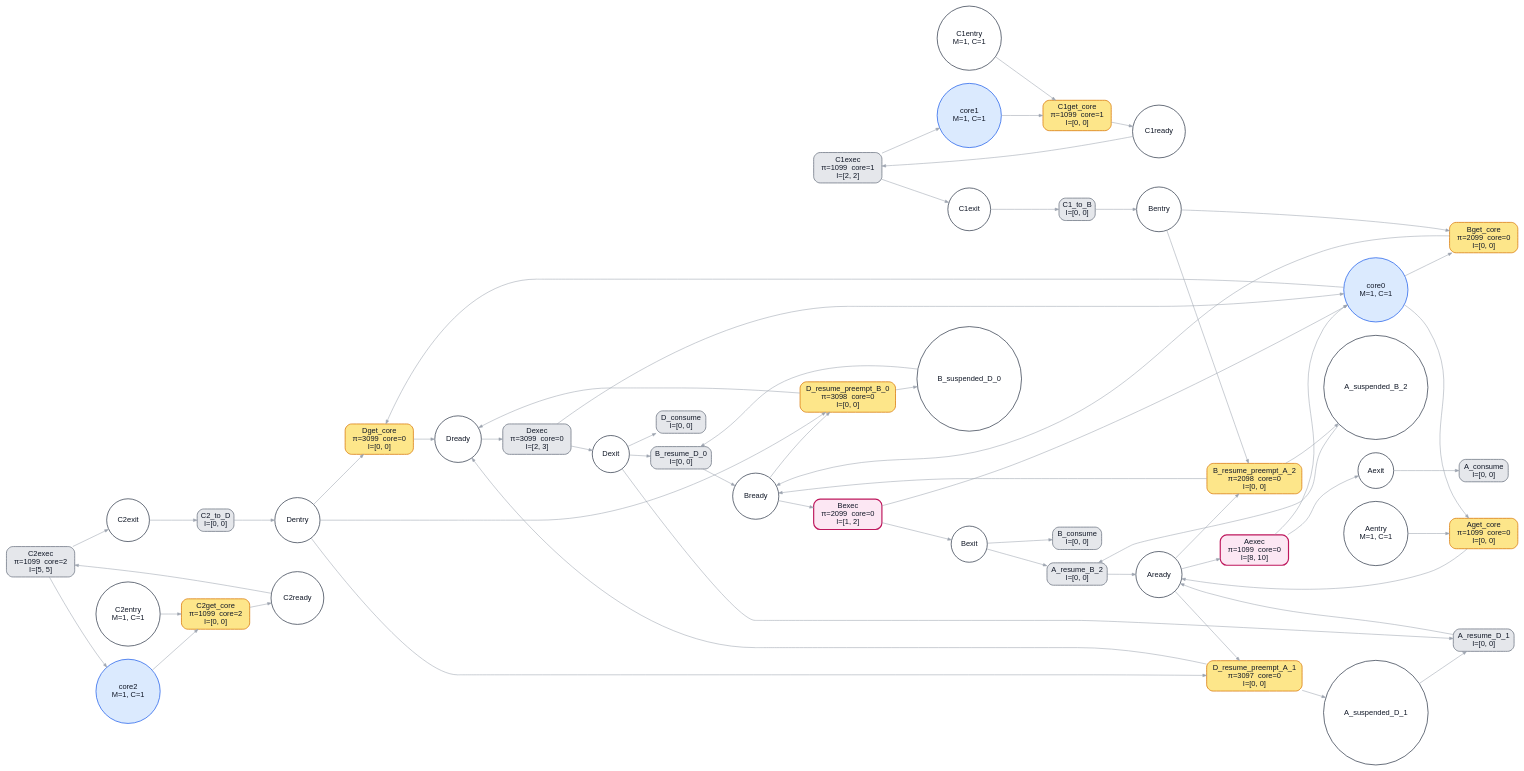
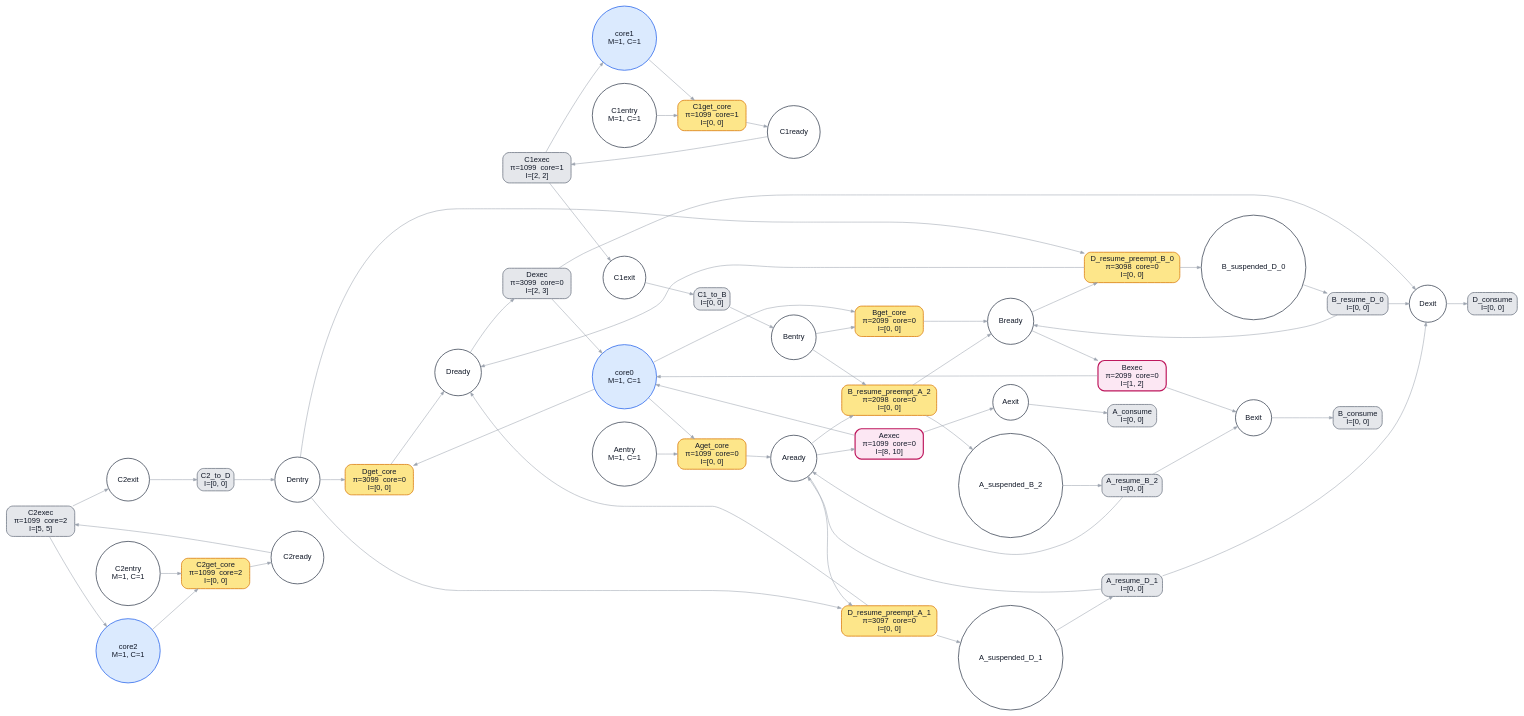
The diagram in example/bench/preemption_chain/ptpn.dot (kevindadi/PPTPN), drawn with Graphviz before and after one commit. The commit also changed 13 other files, not shown here.

```diff
--- a/example/bench/preemption_chain/ptpn.dot
+++ b/example/bench/preemption_chain/ptpn.dot
@@ -1,105 +1,105 @@
 digraph G {
 graph [rankdir=LR, fontname="Helvetica", nodesep=0.35, ranksep=0.55, bgcolor="white"];
 node [fontname="Helvetica", margin=0.08, style="filled,rounded", fontcolor="#111827"];
 edge [fontname="Helvetica", color="#9ca3af", arrowsize=0.7];
 "Dentry" [label="Dentry", shape="circle", style="filled,rounded", fillcolor="#ffffff", color="#374151", fontcolor="#111827", penwidth="1.4"];
 "Dready" [label="Dready", shape="circle", style="filled,rounded", fillcolor="#ffffff", color="#374151", fontcolor="#111827", penwidth="1.4"];
 "Dexit" [label="Dexit", shape="circle", style="filled,rounded", fillcolor="#ffffff", color="#374151", fontcolor="#111827", penwidth="1.4"];
 "C2entry" [label="C2entry\nM=1, C=1", shape="circle", style="filled,rounded", fillcolor="#ffffff", color="#374151", fontcolor="#111827", penwidth="1.4"];
 "C2ready" [label="C2ready", shape="circle", style="filled,rounded", fillcolor="#ffffff", color="#374151", fontcolor="#111827", penwidth="1.4"];
 "C2exit" [label="C2exit", shape="circle", style="filled,rounded", fillcolor="#ffffff", color="#374151", fontcolor="#111827", penwidth="1.4"];
 "Bentry" [label="Bentry", shape="circle", style="filled,rounded", fillcolor="#ffffff", color="#374151", fontcolor="#111827", penwidth="1.4"];
 "Bready" [label="Bready", shape="circle", style="filled,rounded", fillcolor="#ffffff", color="#374151", fontcolor="#111827", penwidth="1.4"];
 "Bexit" [label="Bexit", shape="circle", style="filled,rounded", fillcolor="#ffffff", color="#374151", fontcolor="#111827", penwidth="1.4"];
 "C1entry" [label="C1entry\nM=1, C=1", shape="circle", style="filled,rounded", fillcolor="#ffffff", color="#374151", fontcolor="#111827", penwidth="1.4"];
 "C1ready" [label="C1ready", shape="circle", style="filled,rounded", fillcolor="#ffffff", color="#374151", fontcolor="#111827", penwidth="1.4"];
 "C1exit" [label="C1exit", shape="circle", style="filled,rounded", fillcolor="#ffffff", color="#374151", fontcolor="#111827", penwidth="1.4"];
 "Aentry" [label="Aentry\nM=1, C=1", shape="circle", style="filled,rounded", fillcolor="#ffffff", color="#374151", fontcolor="#111827", penwidth="1.4"];
 "Aready" [label="Aready", shape="circle", style="filled,rounded", fillcolor="#ffffff", color="#374151", fontcolor="#111827", penwidth="1.4"];
 "Aexit" [label="Aexit", shape="circle", style="filled,rounded", fillcolor="#ffffff", color="#374151", fontcolor="#111827", penwidth="1.4"];
 "B_suspended_D_0" [label="B_suspended_D_0", shape="circle", style="filled,rounded", fillcolor="#ffffff", color="#374151", fontcolor="#111827", penwidth="1.4"];
 "A_suspended_D_1" [label="A_suspended_D_1", shape="circle", style="filled,rounded", fillcolor="#ffffff", color="#374151", fontcolor="#111827", penwidth="1.4"];
 "A_suspended_B_2" [label="A_suspended_B_2", shape="circle", style="filled,rounded", fillcolor="#ffffff", color="#374151", fontcolor="#111827", penwidth="1.4"];
 "core0" [label="core0\nM=1, C=1", shape="circle", style="filled,rounded", fillcolor="#dbeafe", color="#2563eb", fontcolor="#111827", penwidth="1.4"];
 "core1" [label="core1\nM=1, C=1", shape="circle", style="filled,rounded", fillcolor="#dbeafe", color="#2563eb", fontcolor="#111827", penwidth="1.4"];
 "core2" [label="core2\nM=1, C=1", shape="circle", style="filled,rounded", fillcolor="#dbeafe", color="#2563eb", fontcolor="#111827", penwidth="1.4"];
 "Dget_core" [label="Dget_core\nπ=3099  core=0\nI=[0, 0]", shape="box", style="filled,rounded", fillcolor="#fde68a", color="#d97706", fontcolor="#111827", penwidth="1.4"];
 "Dexec" [label="Dexec\nπ=3099  core=0\nI=[2, 3]", shape="box", style="filled,rounded", fillcolor="#e5e7eb", color="#6b7280", fontcolor="#111827", penwidth="1.4"];
 "C2get_core" [label="C2get_core\nπ=1099  core=2\nI=[0, 0]", shape="box", style="filled,rounded", fillcolor="#fde68a", color="#d97706", fontcolor="#111827", penwidth="1.4"];
 "C2exec" [label="C2exec\nπ=1099  core=2\nI=[5, 5]", shape="box", style="filled,rounded", fillcolor="#e5e7eb", color="#6b7280", fontcolor="#111827", penwidth="1.4"];
 "Bget_core" [label="Bget_core\nπ=2099  core=0\nI=[0, 0]", shape="box", style="filled,rounded", fillcolor="#fde68a", color="#d97706", fontcolor="#111827", penwidth="1.4"];
 "Bexec" [label="Bexec\nπ=2099  core=0\nI=[1, 2]", shape="box", style="filled,rounded", fillcolor="#fce7f3", color="#be185d", fontcolor="#111827", penwidth="2.2"];
 "C1get_core" [label="C1get_core\nπ=1099  core=1\nI=[0, 0]", shape="box", style="filled,rounded", fillcolor="#fde68a", color="#d97706", fontcolor="#111827", penwidth="1.4"];
 "C1exec" [label="C1exec\nπ=1099  core=1\nI=[2, 2]", shape="box", style="filled,rounded", fillcolor="#e5e7eb", color="#6b7280", fontcolor="#111827", penwidth="1.4"];
 "Aget_core" [label="Aget_core\nπ=1099  core=0\nI=[0, 0]", shape="box", style="filled,rounded", fillcolor="#fde68a", color="#d97706", fontcolor="#111827", penwidth="1.4"];
 "Aexec" [label="Aexec\nπ=1099  core=0\nI=[8, 10]", shape="box", style="filled,rounded", fillcolor="#fce7f3", color="#be185d", fontcolor="#111827", penwidth="2.2"];
 "C1_to_B" [label="C1_to_B\nI=[0, 0]", shape="box", style="filled,rounded", fillcolor="#e5e7eb", color="#6b7280", fontcolor="#111827", penwidth="1.4"];
 "C2_to_D" [label="C2_to_D\nI=[0, 0]", shape="box", style="filled,rounded", fillcolor="#e5e7eb", color="#6b7280", fontcolor="#111827", penwidth="1.4"];
 "A_consume" [label="A_consume\nI=[0, 0]", shape="box", style="filled,rounded", fillcolor="#e5e7eb", color="#6b7280", fontcolor="#111827", penwidth="1.4"];
 "B_consume" [label="B_consume\nI=[0, 0]", shape="box", style="filled,rounded", fillcolor="#e5e7eb", color="#6b7280", fontcolor="#111827", penwidth="1.4"];
 "D_consume" [label="D_consume\nI=[0, 0]", shape="box", style="filled,rounded", fillcolor="#e5e7eb", color="#6b7280", fontcolor="#111827", penwidth="1.4"];
 "D_resume_preempt_B_0" [label="D_resume_preempt_B_0\nπ=3098  core=0\nI=[0, 0]", shape="box", style="filled,rounded", fillcolor="#fde68a", color="#d97706", fontcolor="#111827", penwidth="1.4"];
 "B_resume_D_0" [label="B_resume_D_0\nI=[0, 0]", shape="box", style="filled,rounded", fillcolor="#e5e7eb", color="#6b7280", fontcolor="#111827", penwidth="1.4"];
 "D_resume_preempt_A_1" [label="D_resume_preempt_A_1\nπ=3097  core=0\nI=[0, 0]", shape="box", style="filled,rounded", fillcolor="#fde68a", color="#d97706", fontcolor="#111827", penwidth="1.4"];
 "A_resume_D_1" [label="A_resume_D_1\nI=[0, 0]", shape="box", style="filled,rounded", fillcolor="#e5e7eb", color="#6b7280", fontcolor="#111827", penwidth="1.4"];
 "B_resume_preempt_A_2" [label="B_resume_preempt_A_2\nπ=2098  core=0\nI=[0, 0]", shape="box", style="filled,rounded", fillcolor="#fde68a", color="#d97706", fontcolor="#111827", penwidth="1.4"];
 "A_resume_B_2" [label="A_resume_B_2\nI=[0, 0]", shape="box", style="filled,rounded", fillcolor="#e5e7eb", color="#6b7280", fontcolor="#111827", penwidth="1.4"];
 "Dentry" -> "Dget_core" [label="", color="#9ca3af", penwidth="1.0"];
 "Dentry" -> "D_resume_preempt_B_0" [label="", color="#9ca3af", penwidth="1.0"];
 "Dentry" -> "D_resume_preempt_A_1" [label="", color="#9ca3af", penwidth="1.0"];
 "Dready" -> "Dexec" [label="", color="#9ca3af", penwidth="1.0"];
 "Dexit" -> "D_consume" [label="", color="#9ca3af", penwidth="1.0"];
-"Dexit" -> "B_resume_D_0" [label="", color="#9ca3af", penwidth="1.0"];
-"Dexit" -> "A_resume_D_1" [label="", color="#9ca3af", penwidth="1.0"];
 "C2entry" -> "C2get_core" [label="", color="#9ca3af", penwidth="1.0"];
 "C2ready" -> "C2exec" [label="", color="#9ca3af", penwidth="1.0"];
 "C2exit" -> "C2_to_D" [label="", color="#9ca3af", penwidth="1.0"];
 "Bentry" -> "Bget_core" [label="", color="#9ca3af", penwidth="1.0"];
 "Bentry" -> "B_resume_preempt_A_2" [label="", color="#9ca3af", penwidth="1.0"];
 "Bready" -> "Bexec" [label="", color="#9ca3af", penwidth="1.0"];
 "Bready" -> "D_resume_preempt_B_0" [label="", color="#9ca3af", penwidth="1.0"];
 "Bexit" -> "B_consume" [label="", color="#9ca3af", penwidth="1.0"];
-"Bexit" -> "A_resume_B_2" [label="", color="#9ca3af", penwidth="1.0"];
 "C1entry" -> "C1get_core" [label="", color="#9ca3af", penwidth="1.0"];
 "C1ready" -> "C1exec" [label="", color="#9ca3af", penwidth="1.0"];
 "C1exit" -> "C1_to_B" [label="", color="#9ca3af", penwidth="1.0"];
 "Aentry" -> "Aget_core" [label="", color="#9ca3af", penwidth="1.0"];
 "Aready" -> "Aexec" [label="", color="#9ca3af", penwidth="1.0"];
 "Aready" -> "D_resume_preempt_A_1" [label="", color="#9ca3af", penwidth="1.0"];
 "Aready" -> "B_resume_preempt_A_2" [label="", color="#9ca3af", penwidth="1.0"];
 "Aexit" -> "A_consume" [label="", color="#9ca3af", penwidth="1.0"];
 "B_suspended_D_0" -> "B_resume_D_0" [label="", color="#9ca3af", penwidth="1.0"];
 "A_suspended_D_1" -> "A_resume_D_1" [label="", color="#9ca3af", penwidth="1.0"];
 "A_suspended_B_2" -> "A_resume_B_2" [label="", color="#9ca3af", penwidth="1.0"];
 "core0" -> "Dget_core" [label="", color="#9ca3af", penwidth="1.0"];
 "core0" -> "Bget_core" [label="", color="#9ca3af", penwidth="1.0"];
 "core0" -> "Aget_core" [label="", color="#9ca3af", penwidth="1.0"];
 "core1" -> "C1get_core" [label="", color="#9ca3af", penwidth="1.0"];
 "core2" -> "C2get_core" [label="", color="#9ca3af", penwidth="1.0"];
 "Dget_core" -> "Dready" [label="", color="#9ca3af", penwidth="1.0"];
 "Dexec" -> "Dexit" [label="", color="#9ca3af", penwidth="1.0"];
 "Dexec" -> "core0" [label="", color="#9ca3af", penwidth="1.0"];
 "C2get_core" -> "C2ready" [label="", color="#9ca3af", penwidth="1.0"];
 "C2exec" -> "C2exit" [label="", color="#9ca3af", penwidth="1.0"];
 "C2exec" -> "core2" [label="", color="#9ca3af", penwidth="1.0"];
 "Bget_core" -> "Bready" [label="", color="#9ca3af", penwidth="1.0"];
 "Bexec" -> "Bexit" [label="", color="#9ca3af", penwidth="1.0"];
 "Bexec" -> "core0" [label="", color="#9ca3af", penwidth="1.0"];
 "C1get_core" -> "C1ready" [label="", color="#9ca3af", penwidth="1.0"];
 "C1exec" -> "C1exit" [label="", color="#9ca3af", penwidth="1.0"];
 "C1exec" -> "core1" [label="", color="#9ca3af", penwidth="1.0"];
 "Aget_core" -> "Aready" [label="", color="#9ca3af", penwidth="1.0"];
 "Aexec" -> "Aexit" [label="", color="#9ca3af", penwidth="1.0"];
 "Aexec" -> "core0" [label="", color="#9ca3af", penwidth="1.0"];
 "C1_to_B" -> "Bentry" [label="", color="#9ca3af", penwidth="1.0"];
 "C2_to_D" -> "Dentry" [label="", color="#9ca3af", penwidth="1.0"];
 "D_resume_preempt_B_0" -> "Dready" [label="", color="#9ca3af", penwidth="1.0"];
 "D_resume_preempt_B_0" -> "B_suspended_D_0" [label="", color="#9ca3af", penwidth="1.0"];
+"B_resume_D_0" -> "Dexit" [label="", color="#9ca3af", penwidth="1.0"];
 "B_resume_D_0" -> "Bready" [label="", color="#9ca3af", penwidth="1.0"];
 "D_resume_preempt_A_1" -> "Dready" [label="", color="#9ca3af", penwidth="1.0"];
 "D_resume_preempt_A_1" -> "A_suspended_D_1" [label="", color="#9ca3af", penwidth="1.0"];
+"A_resume_D_1" -> "Dexit" [label="", color="#9ca3af", penwidth="1.0"];
 "A_resume_D_1" -> "Aready" [label="", color="#9ca3af", penwidth="1.0"];
 "B_resume_preempt_A_2" -> "Bready" [label="", color="#9ca3af", penwidth="1.0"];
 "B_resume_preempt_A_2" -> "A_suspended_B_2" [label="", color="#9ca3af", penwidth="1.0"];
+"A_resume_B_2" -> "Bexit" [label="", color="#9ca3af", penwidth="1.0"];
 "A_resume_B_2" -> "Aready" [label="", color="#9ca3af", penwidth="1.0"];
 }
```
